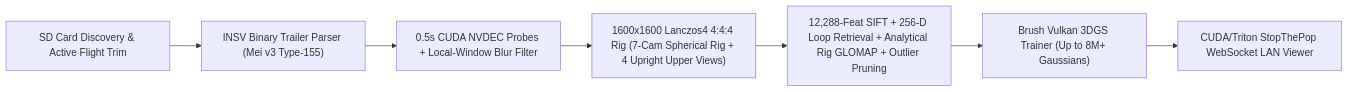
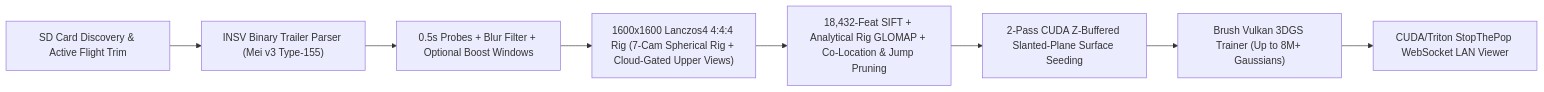
Before and after one commit to tyronechrisharris/insv-splat: the diagram in README.md, drawn with Mermaid. The commit also changed other lines of this file and 9 other files, not shown here.

First line of the commit message:
v0.3.0: Add CUDA slanted-plane dense surface seeding, cloud-drift rejection, and boost windows

````diff
--- a/README.md
+++ b/README.md
@@ -29,9 +29,10 @@
 ```mermaid
 flowchart LR
     A["SD Card Discovery & Active Flight Trim"] --> B["INSV Binary Trailer Parser (Mei v3 Type-155)"]
-    B --> C["0.5s CUDA NVDEC Probes + Local-Window Blur Filter"]
-    C --> D["1600x1600 Lanczos4 4:4:4 Rig (7-Cam Spherical Rig + 4 Upright Upper Views)"]
-    D --> E["12,288-Feat SIFT + 256-D Loop Retrieval + Analytical Rig GLOMAP + Outlier Pruning"]
-    E --> F["Brush Vulkan 3DGS Trainer (Up to 8M+ Gaussians)"]
-    F --> G["CUDA/Triton StopThePop WebSocket LAN Viewer"]
+    B --> C["0.5s Probes + Blur Filter + Optional Boost Windows"]
+    C --> D["1600x1600 Lanczos4 4:4:4 Rig (7-Cam Spherical Rig + Cloud-Gated Upper Views)"]
+    D --> E["18,432-Feat SIFT + Analytical Rig GLOMAP + Co-Location & Jump Pruning"]
+    E --> F["2-Pass CUDA Z-Buffered Slanted-Plane Surface Seeding"]
+    F --> G["Brush Vulkan 3DGS Trainer (Up to 8M+ Gaussians)"]
+    G --> H["CUDA/Triton StopThePop WebSocket LAN Viewer"]
 ```
````
